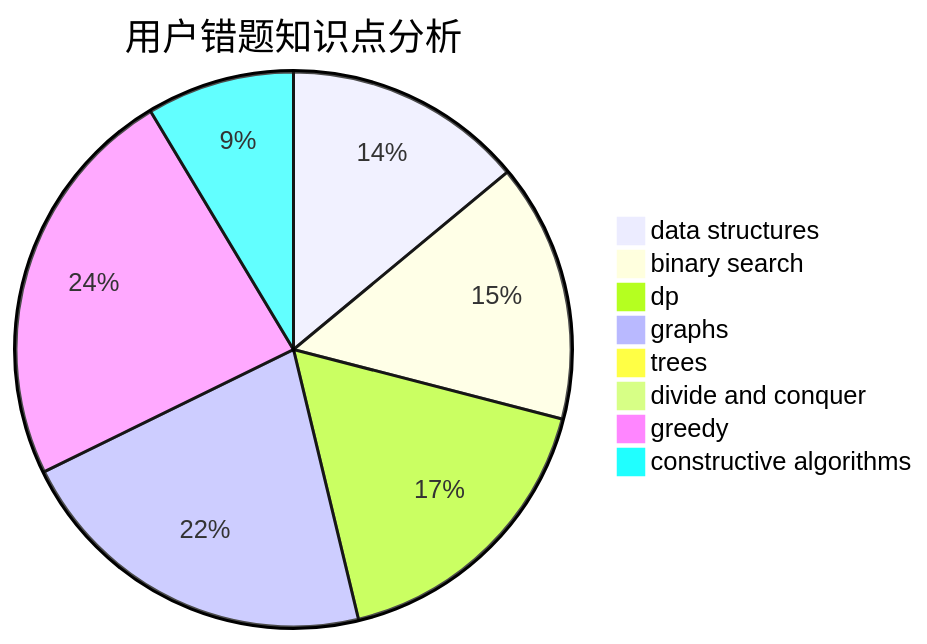
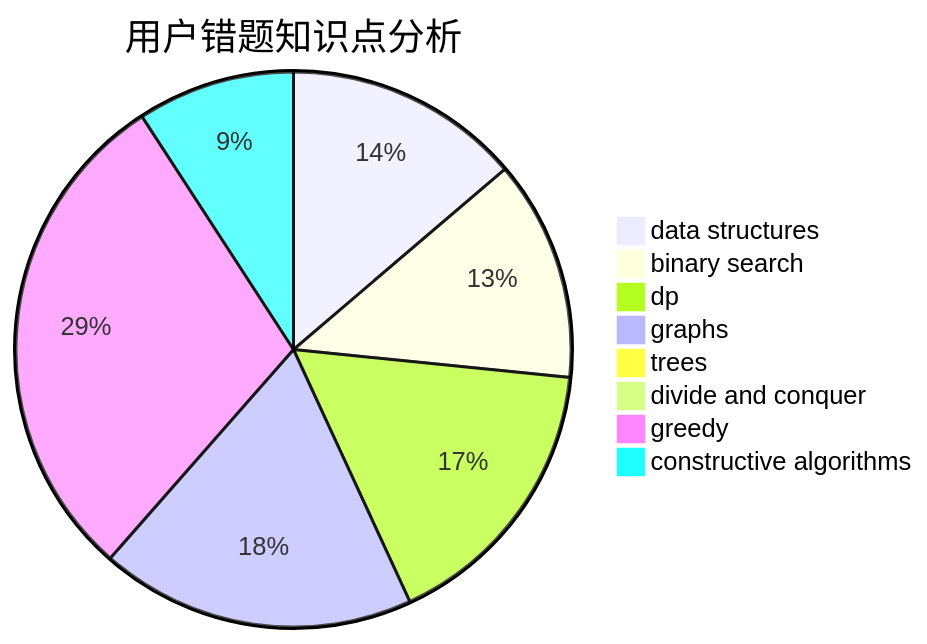
The third of 3 diagrams in docs/user/u1269.md (sherpahu/cfrs.github.io), drawn with Mermaid before and after one commit. The commit also changed other lines of this file and 2770 other files, not shown here.

````diff
--- a/docs/user/u1269.md
+++ b/docs/user/u1269.md
@@ -36,11 +36,11 @@
 ```mermaid
 pie title 用户错题知识点分析
-    "data structures" :  13
+    "data structures" :  15
     "binary search" :  14
-    "dp" :  16
+    "dp" :  18
     "graphs" :  20
     "trees" :  0
     "divide and conquer" :  0
-    "greedy" :  22
-    "constructive algorithms" :  8
+    "greedy" :  32
+    "constructive algorithms" :  10
 ```
````
